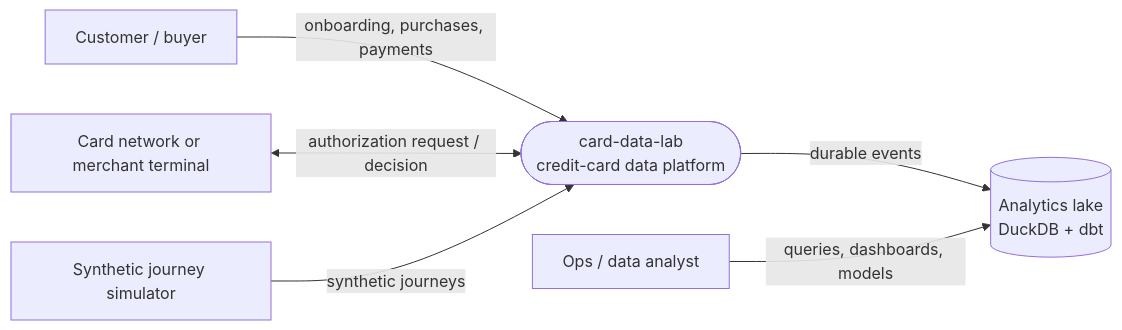
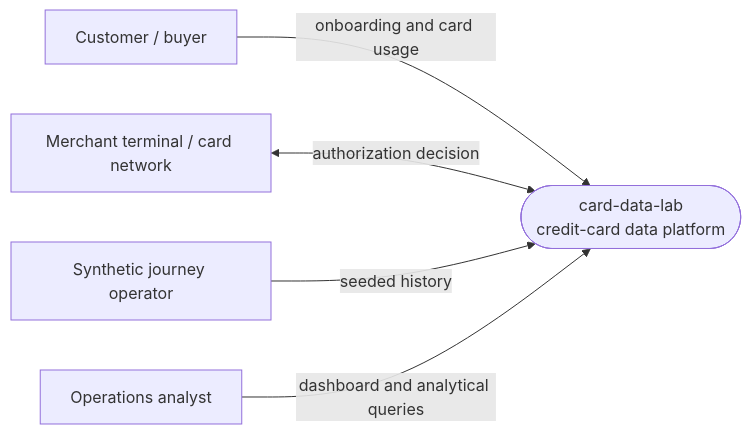
One commit to Ratarca/card-data-lab changed the fifth of 11 diagrams in README.md. Above: the diagram before and after it, drawn with Mermaid. The commit also changed other lines of this file and 18 other files, not shown here.

````diff
--- a/README.md
+++ b/README.md
@@ -180,15 +211,13 @@
 ```mermaid
 flowchart LR
     CUSTOMER["Customer / buyer"]
-    NETWORK["Card network or merchant terminal"]
-    ANALYST["Ops / data analyst"]
-    SIM["Synthetic journey simulator"]
+    NETWORK["Merchant terminal / card network"]
+    ANALYST["Operations analyst"]
+    SIM["Synthetic journey operator"]
     SYSTEM(["card-data-lab\ncredit-card data platform"])
-    LAKE[("Analytics lake\nDuckDB + dbt")]
 
-    CUSTOMER -->|onboarding, purchases, payments| SYSTEM
-    NETWORK <-->|authorization request / decision| SYSTEM
-    SIM -->|synthetic journeys| SYSTEM
-    SYSTEM -->|durable events| LAKE
-    ANALYST -->|queries, dashboards, models| LAKE
+    CUSTOMER -->|"onboarding and card usage"| SYSTEM
+    NETWORK <-->|"authorization decision"| SYSTEM
+    SIM -->|"seeded history"| SYSTEM
+    ANALYST -->|"dashboard and analytical queries"| SYSTEM
 ```
````
